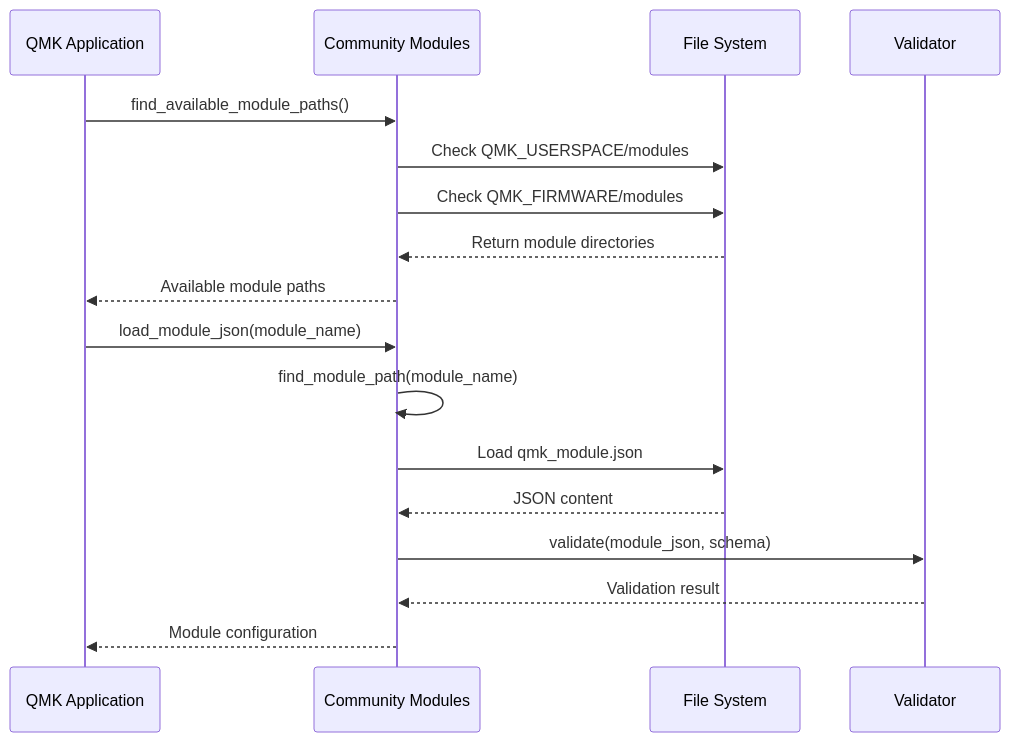
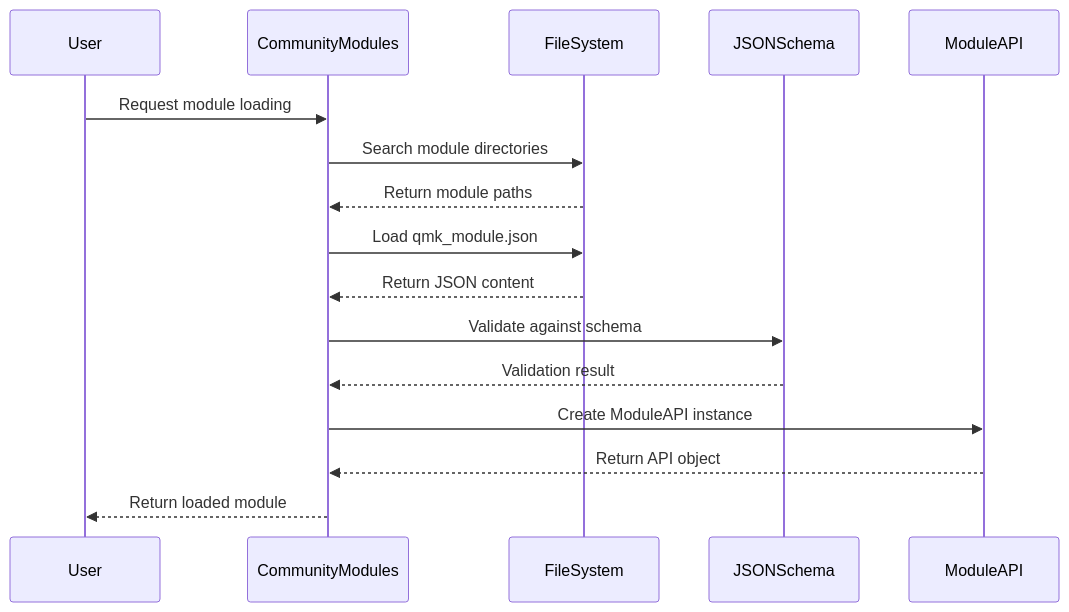
Before and after one commit to FSoft-AI4Code/codewiki-demo: the second of 3 diagrams in docs/qmk--qmk_firmware-docs/community_modules.md, drawn with Mermaid. The commit also changed other lines of this file and 1103 other files, not shown here.

````diff
--- a/docs/qmk--qmk_firmware-docs/community_modules.md
+++ b/docs/qmk--qmk_firmware-docs/community_modules.md
@@ -80,21 +90,19 @@
 ```mermaid
 sequenceDiagram
-    participant App as QMK Application
-    participant CM as Community Modules
-    participant FS as File System
-    participant Val as Validator
+    participant User
+    participant CM as CommunityModules
+    participant FS as FileSystem
+    participant JS as JSONSchema
+    participant API as ModuleAPI
     
-    App->>CM: find_available_module_paths()
-    CM->>FS: Check QMK_USERSPACE/modules
-    CM->>FS: Check QMK_FIRMWARE/modules
-    FS-->>CM: Return module directories
-    CM-->>App: Available module paths
-    
-    App->>CM: load_module_json(module_name)
-    CM->>CM: find_module_path(module_name)
+    User->>CM: Request module loading
+    CM->>FS: Search module directories
+    FS-->>CM: Return module paths
     CM->>FS: Load qmk_module.json
-    FS-->>CM: JSON content
-    CM->>Val: validate(module_json, schema)
-    Val-->>CM: Validation result
-    CM-->>App: Module configuration
+    FS-->>CM: Return JSON content
+    CM->>JS: Validate against schema
+    JS-->>CM: Validation result
+    CM->>API: Create ModuleAPI instance
+    API-->>CM: Return API object
+    CM-->>User: Return loaded module
 ```
````
